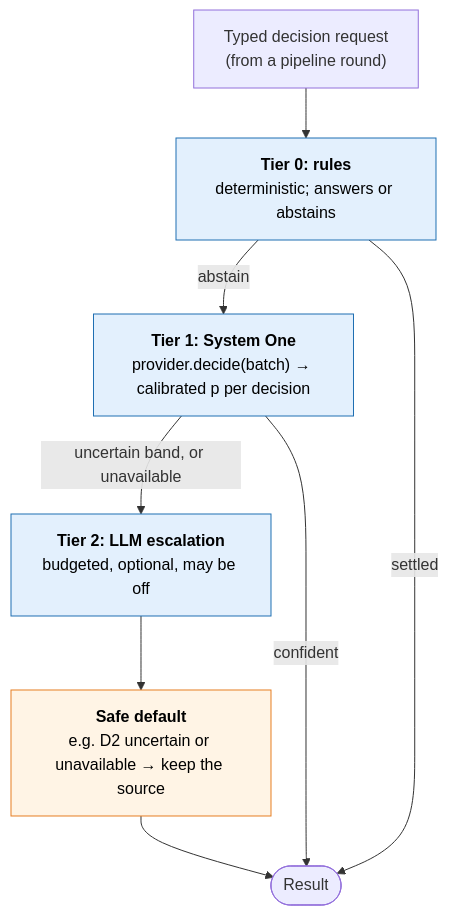
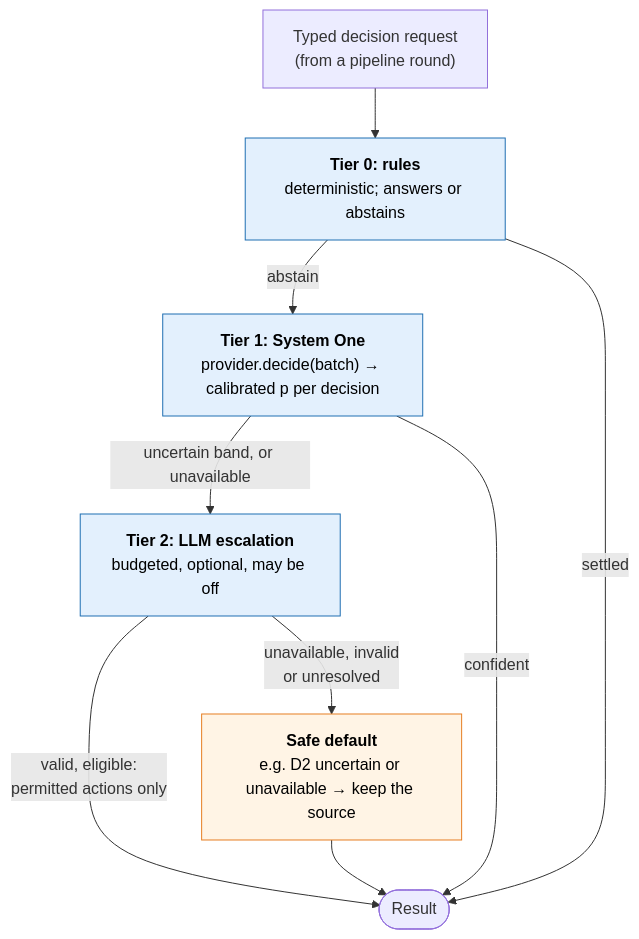
The first of 3 diagrams in design/intelligence-layer/system-one-providers.md (arunmenon/sanctum), drawn with Mermaid before and after one commit. The commit also changed other lines of this file and 5 other files, not shown here.

````diff
--- a/design/intelligence-layer/system-one-providers.md
+++ b/design/intelligence-layer/system-one-providers.md
@@ -17,18 +17,19 @@
 ```mermaid
 flowchart TB
     R["Typed decision request<br/>(from a pipeline round)"] --> T0
     T0["<b>Tier 0: rules</b><br/>deterministic; answers or abstains"]
     T0 -- abstain --> T1
     T1["<b>Tier 1: System One</b><br/>provider.decide(batch) → calibrated p per decision"]
     T1 -- "uncertain band, or unavailable" --> T2
     T2["<b>Tier 2: LLM escalation</b><br/>budgeted, optional, may be off"]
-    T2 --> SD
+    T2 -- "valid, eligible:<br/>permitted actions only" --> OK
+    T2 -- "unavailable, invalid<br/>or unresolved" --> SD
     T1 -- "confident" --> OK(["Result"])
     T0 -- settled --> OK
     SD["<b>Safe default</b><br/>e.g. D2 uncertain or unavailable → keep the source"] --> OK
 
     classDef judge fill:#e3f0fd,stroke:#1f6fb2,color:#000
     classDef safe fill:#fff4e5,stroke:#e67e22,color:#000
     class T0,T1,T2 judge
     class SD safe
 ```
````
